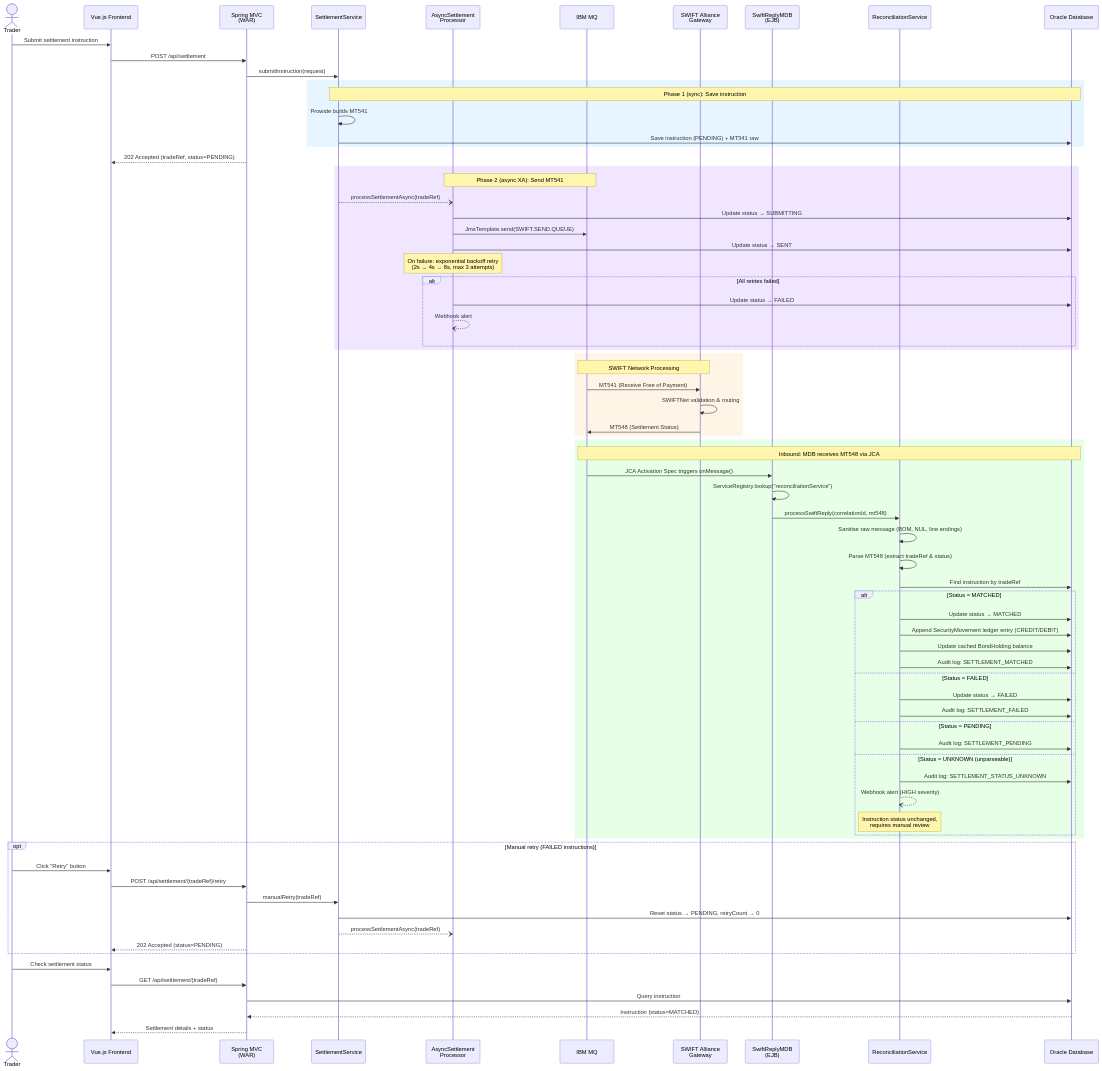
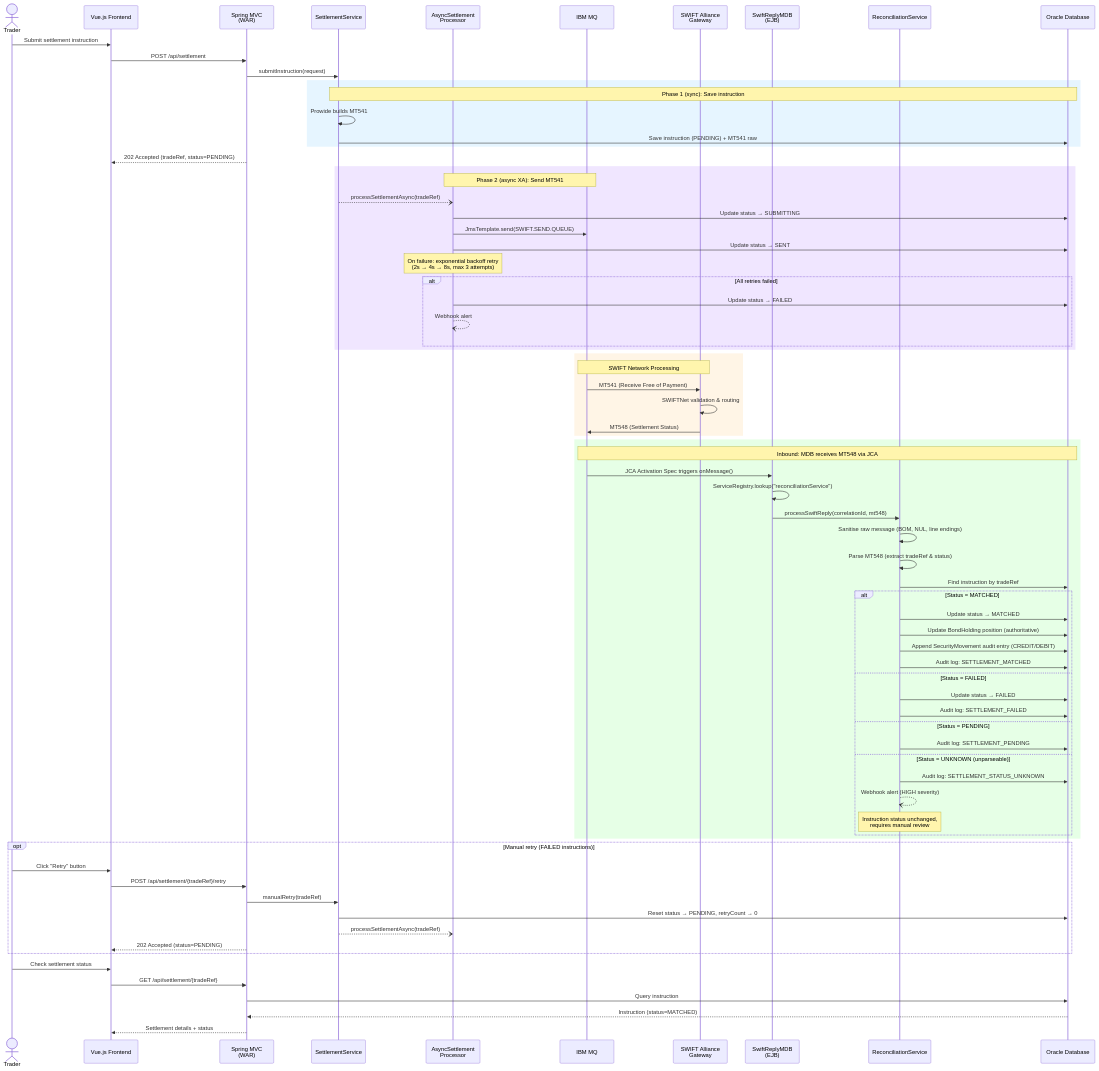
Before and after one commit to vonsylvia/my-bond-settlement-system: the first of 3 diagrams in README.md, drawn with Mermaid. The commit also changed other lines of this file and 9 other files, not shown here.

```diff
--- a/README.md
+++ b/README.md
@@ -83,8 +83,8 @@
         REC->>DB: Find instruction by tradeRef
         alt Status = MATCHED
             REC->>DB: Update status → MATCHED
-            REC->>DB: Append SecurityMovement ledger entry (CREDIT/DEBIT)
-            REC->>DB: Update cached BondHolding balance
+            REC->>DB: Update BondHolding position (authoritative)
+            REC->>DB: Append SecurityMovement audit entry (CREDIT/DEBIT)
             REC->>DB: Audit log: SETTLEMENT_MATCHED
         else Status = FAILED
             REC->>DB: Update status → FAILED
```
